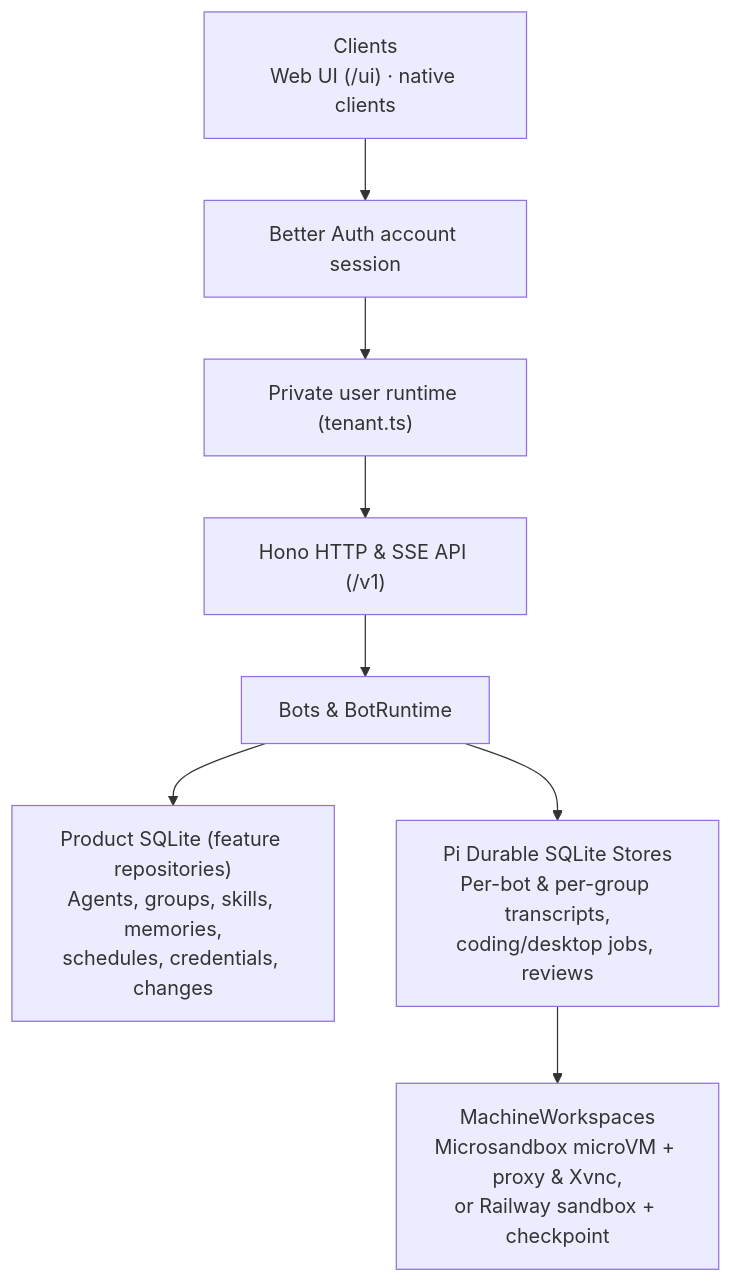
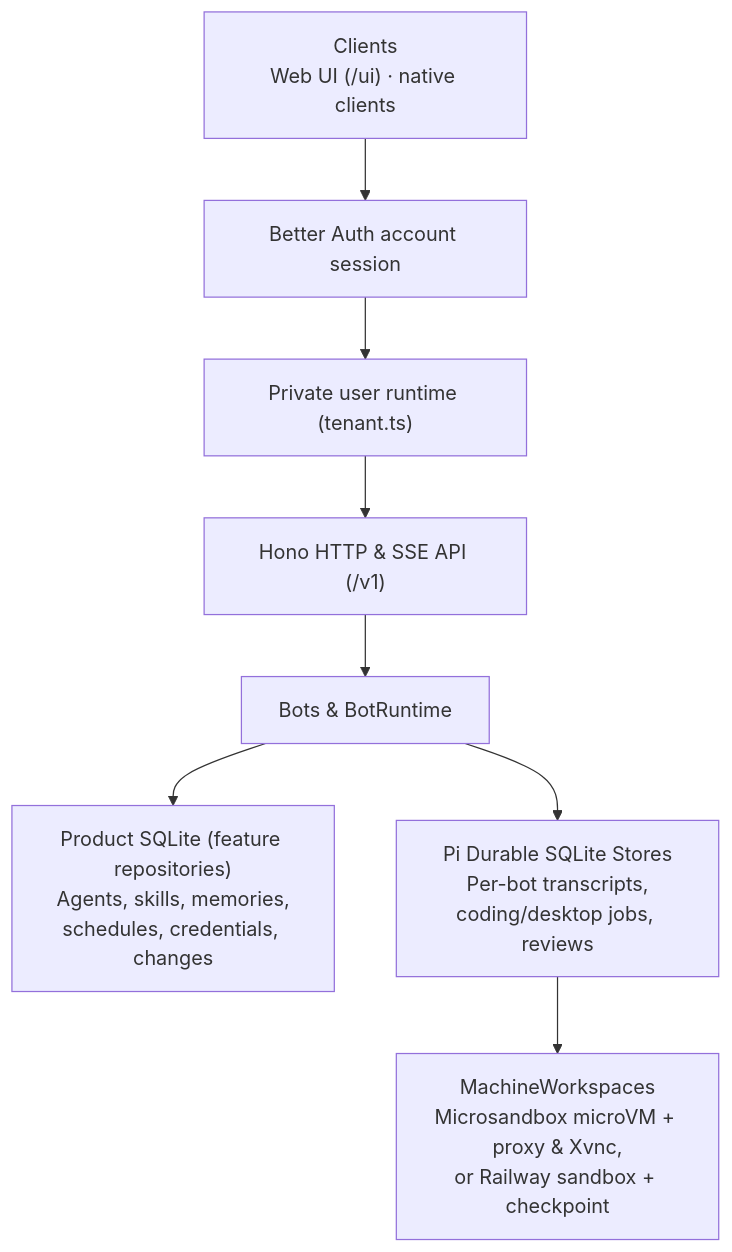
Before and after one commit to crumble-project/bot: the diagram in docs/architecture.md, drawn with Mermaid. The commit also changed other lines of this file and 161 other files, not shown here.

````diff
--- a/docs/architecture.md
+++ b/docs/architecture.md
@@ -5,10 +5,10 @@
 ```mermaid
 flowchart TD
   Clients["Clients\nWeb UI (/ui) · native clients"] --> Auth["Better Auth account session"]
   Auth --> Tenant["Private user runtime (tenant.ts)"]
   Tenant --> API["Hono HTTP & SSE API (/v1)"]
   API --> Service["Bots & BotRuntime"]
-  Service --> Store["Product SQLite (feature repositories)\nAgents, groups, skills, memories,\nschedules, credentials, changes"]
-  Service --> Pi["Pi Durable SQLite Stores\nPer-bot & per-group transcripts,\ncoding/desktop jobs, reviews"]
+  Service --> Store["Product SQLite (feature repositories)\nAgents, skills, memories,\nschedules, credentials, changes"]
+  Service --> Pi["Pi Durable SQLite Stores\nPer-bot transcripts,\ncoding/desktop jobs, reviews"]
   Pi --> Workspaces["MachineWorkspaces\nMicrosandbox microVM + proxy & Xvnc,\nor Railway sandbox + checkpoint"]
 ```
````
